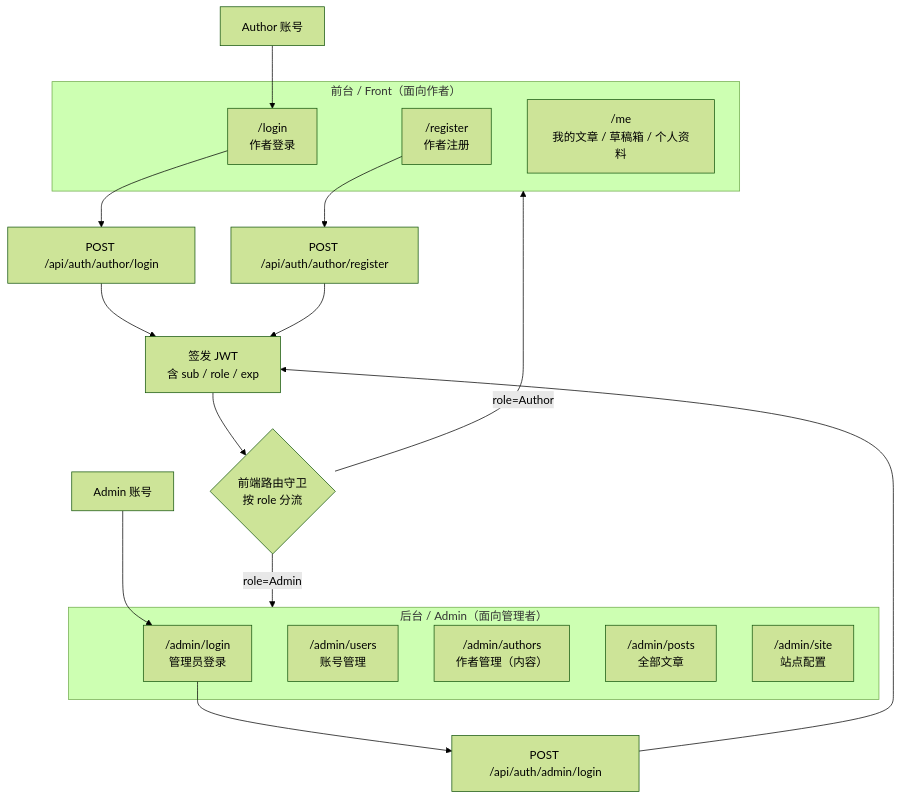
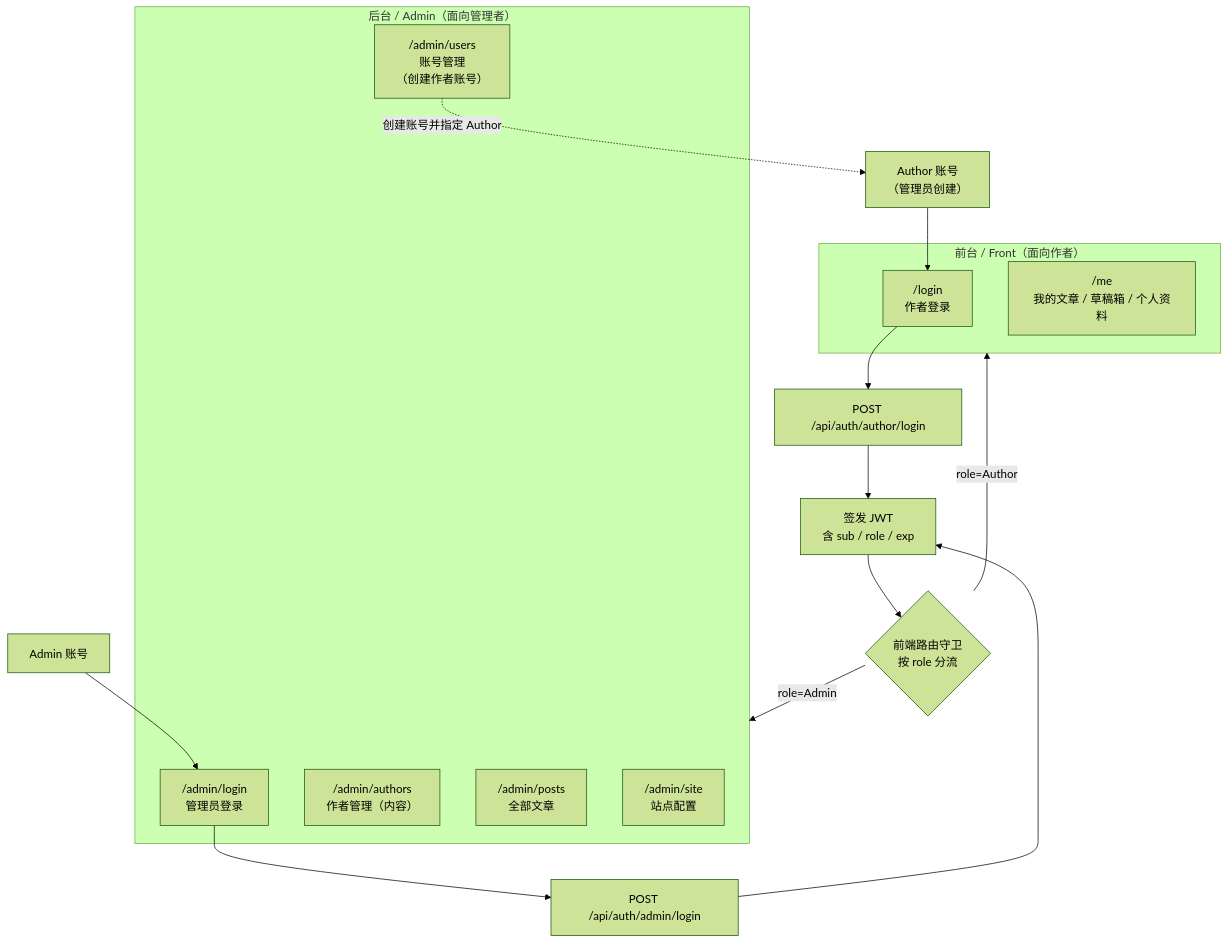
The second of 12 diagrams in docs/business.md (whyitsy/blog-CI-CD), drawn with Mermaid (forest theme) before and after one commit. The commit also changed other lines of this file and 7 other files, not shown here.

````diff
--- a/docs/business.md
+++ b/docs/business.md
@@ -156,27 +156,25 @@
 ```mermaid
 flowchart TB
   subgraph Front["前台 / Front（面向作者）"]
     FL["/login<br/>作者登录"]
-    FR["/register<br/>作者注册"]
     ME["/me<br/>我的文章 / 草稿箱 / 个人资料"]
   end
   subgraph Admin["后台 / Admin（面向管理者）"]
     AL["/admin/login<br/>管理员登录"]
-    AM["/admin/users<br/>账号管理"]
+    AM["/admin/users<br/>账号管理<br/>（创建作者账号）"]
     AA["/admin/authors<br/>作者管理（内容）"]
     AP["/admin/posts<br/>全部文章"]
     AS["/admin/site<br/>站点配置"]
   end
 
-  A1["Author 账号"] --> FL
+  A1["Author 账号<br/>（管理员创建）"] --> FL
   A2["Admin 账号"] --> AL
   FL --> L1["POST /api/auth/author/login"]
-  FR --> L2["POST /api/auth/author/register"]
   AL --> L3["POST /api/auth/admin/login"]
   L1 --> JWT["签发 JWT<br/>含 sub / role / exp"]
-  L2 --> JWT
   L3 --> JWT
   JWT --> G{"前端路由守卫<br/>按 role 分流"}
   G -->|"role=Author"| Front
   G -->|"role=Admin"| Admin
+  AM -.->|"创建账号并指定 Author"| A1
 ```
````
